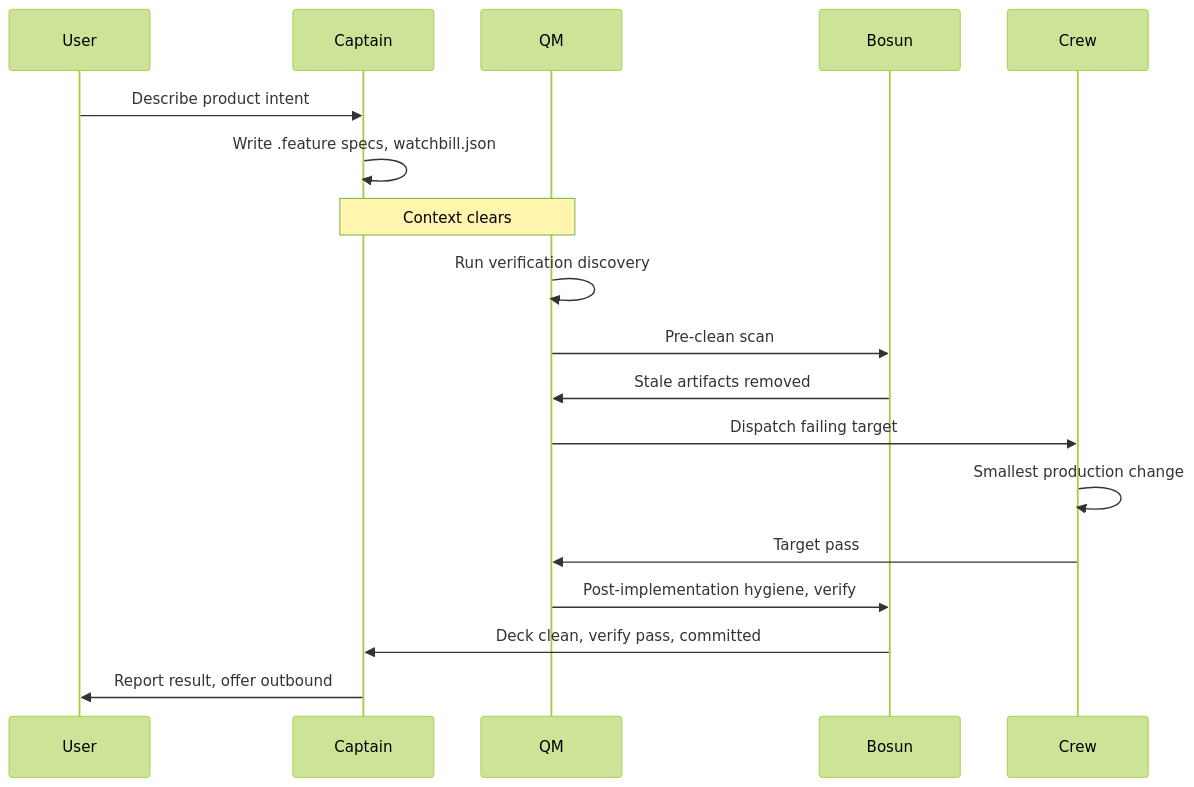
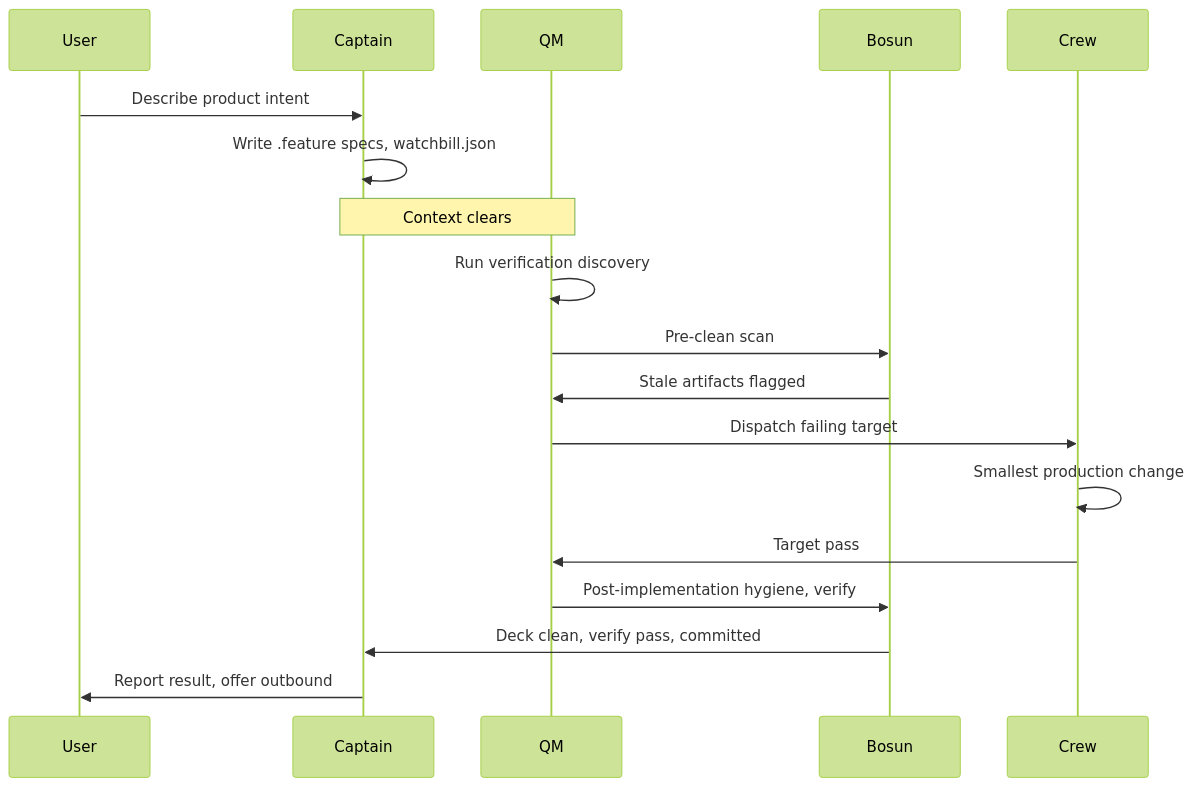
Before and after one commit to dmytri/shipshape: the first of 2 diagrams in README.md, drawn with Mermaid (forest theme). The commit also changed other lines of this file and 6 other files, not shown here.

````diff
--- a/README.md
+++ b/README.md
@@ -105,21 +109,21 @@
 ```mermaid
 sequenceDiagram
     participant User
     participant Captain
     participant QM
     participant Bosun
     participant Crew
 
     User->>Captain: Describe product intent
     Captain->>Captain: Write .feature specs, watchbill.json
     Note over Captain,QM: Context clears
     QM->>QM: Run verification discovery
     QM->>Bosun: Pre-clean scan
-    Bosun->>QM: Stale artifacts removed
+    Bosun->>QM: Stale artifacts flagged
     QM->>Crew: Dispatch failing target
     Crew->>Crew: Smallest production change
     Crew->>QM: Target pass
     QM->>Bosun: Post-implementation hygiene, verify
     Bosun->>Captain: Deck clean, verify pass, committed
     Captain->>User: Report result, offer outbound
 ```
````
